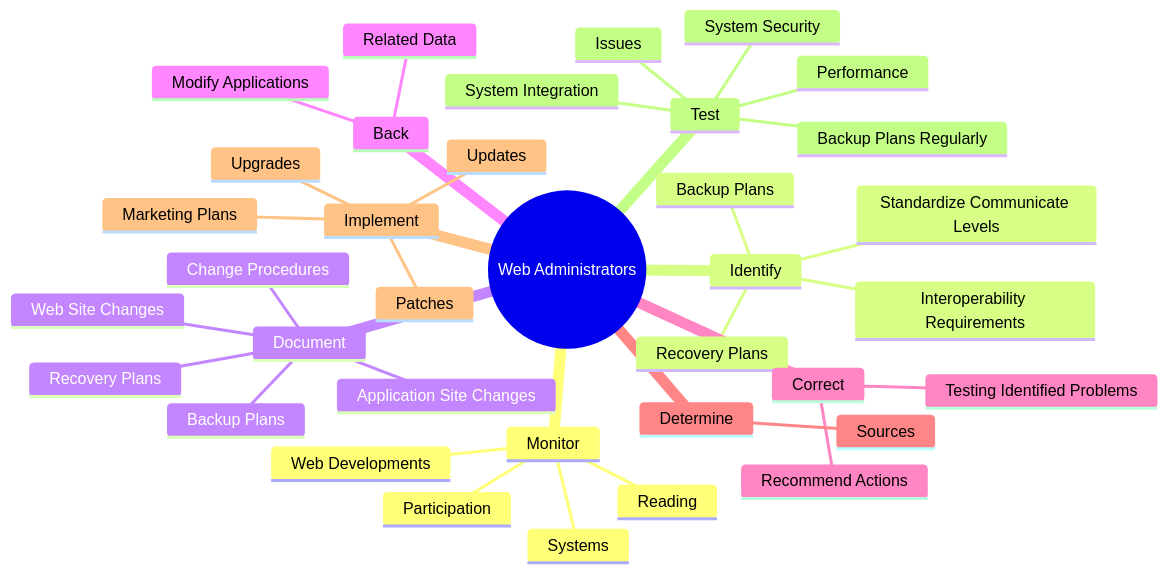
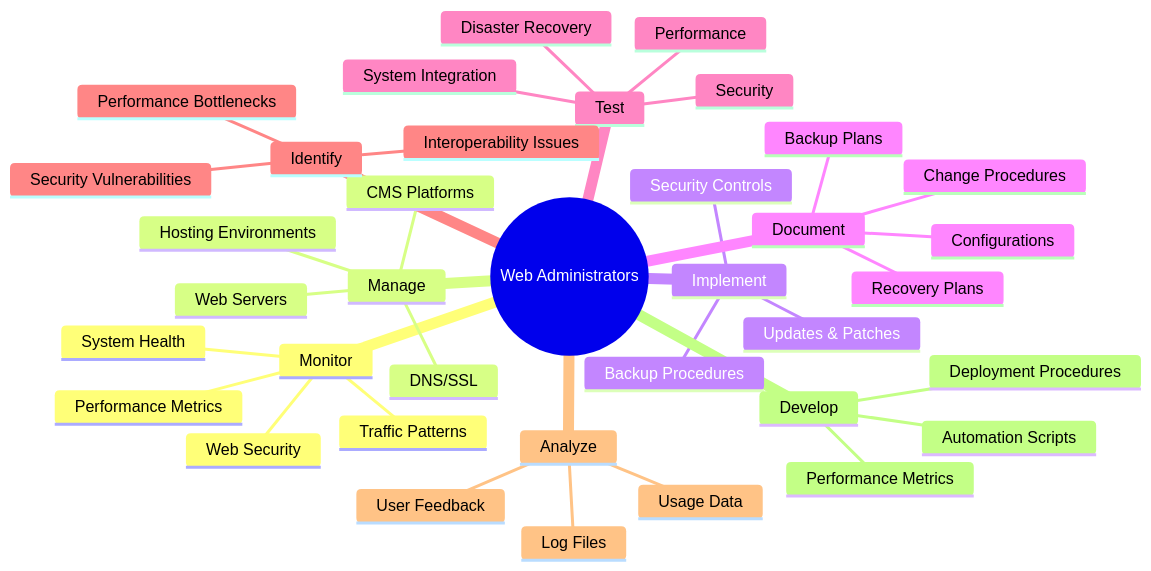
The second of 4 diagrams in occupations/Technology/WebAdministrators.mdx (kziemski/business.org.ai), drawn with Mermaid before and after one commit. The commit also changed other lines of this file and 938 other files, not shown here.

````diff
--- a/occupations/Technology/WebAdministrators.mdx
+++ b/occupations/Technology/WebAdministrators.mdx
@@ -38,39 +46,40 @@
 ```mermaid
 mindmap
     root(("Web Administrators"))
         Monitor
-            Systems
-            Web Developments
-            Reading
-            Participation
-        Identify
-            Backup Plans
-            Recovery Plans
-            Standardize Communicate Levels
-            Interoperability Requirements
+            System Health
+            Web Security
+            Performance Metrics
+            Traffic Patterns
+        Manage
+            Web Servers
+            CMS Platforms
+            DNS/SSL
+            Hosting Environments
+        Implement
+            Updates & Patches
+            Security Controls
+            Backup Procedures
         Document
             Backup Plans
             Recovery Plans
-            Application Site Changes
             Change Procedures
-            Web Site Changes
-        Back
-            Modify Applications
-            Related Data
-        Correct
-            Testing Identified Problems
-            Recommend Actions
-        Determine
-            Sources
-        Implement
-            Updates
-            Upgrades
-            Patches
-            Marketing Plans
+            Configurations
         Test
-            Issues
             System Integration
             Performance
-            System Security
-            Backup Plans Regularly
+            Security
+            Disaster Recovery
+        Identify
+            Security Vulnerabilities
+            Interoperability Issues
+            Performance Bottlenecks
+        Analyze
+            Usage Data
+            Log Files
+            User Feedback
+        Develop
+            Performance Metrics
+            Deployment Procedures
+            Automation Scripts
 ```
````
